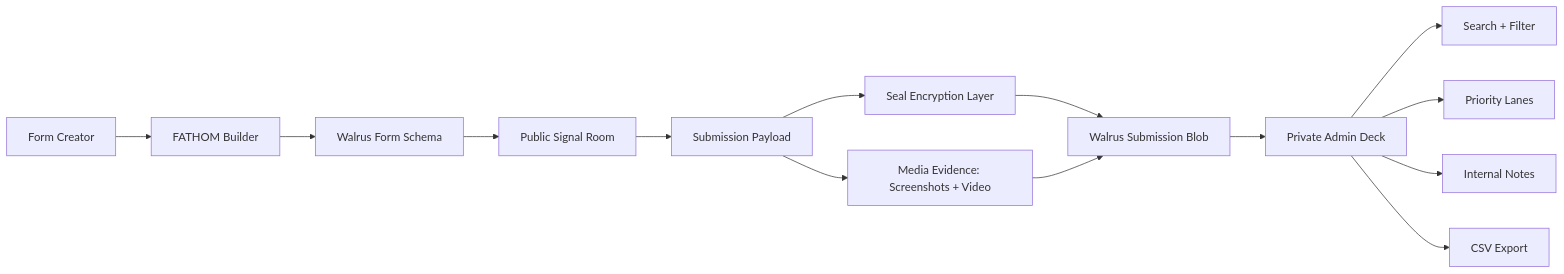
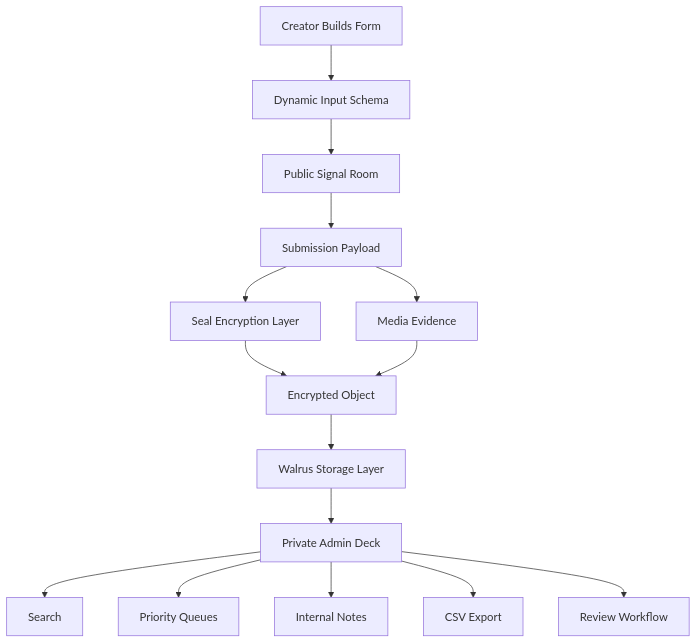
One commit to dexarxbt/FATHOM-Walrus-Feedback-OS changed the second of 6 diagrams in README.md. Above: the diagram before and after it, drawn with Mermaid. The commit also changed other lines of this file, not shown here.

````diff
--- a/README.md
+++ b/README.md
@@ -58,16 +70,23 @@
 ```mermaid
-flowchart LR
-    A["Form Creator"] --> B["FATHOM Builder"]
-    B --> C["Walrus Form Schema"]
-    C --> D["Public Signal Room"]
-    D --> E["Submission Payload"]
-    E --> F["Seal Encryption Layer"]
-    E --> G["Media Evidence: Screenshots + Video"]
-    F --> H["Walrus Submission Blob"]
-    G --> H
+flowchart TD
+
+    A["Creator Builds Form"] --> B["Dynamic Input Schema"]
+    B --> C["Public Signal Room"]
+
+    C --> D["Submission Payload"]
+    D --> E["Seal Encryption Layer"]
+    D --> F["Media Evidence"]
+
+    E --> G["Encrypted Object"]
+    F --> G
+
+    G --> H["Walrus Storage Layer"]
+
     H --> I["Private Admin Deck"]
-    I --> J["Search + Filter"]
-    I --> K["Priority Lanes"]
+
+    I --> J["Search"]
+    I --> K["Priority Queues"]
     I --> L["Internal Notes"]
     I --> M["CSV Export"]
+    I --> N["Review Workflow"]
 ```
````
